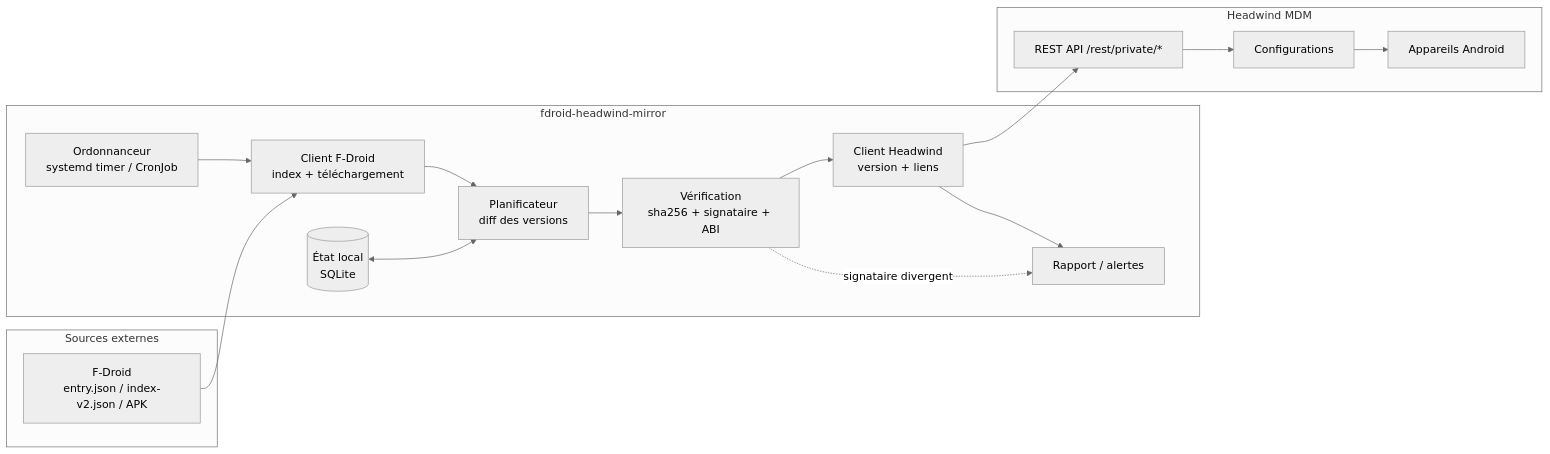
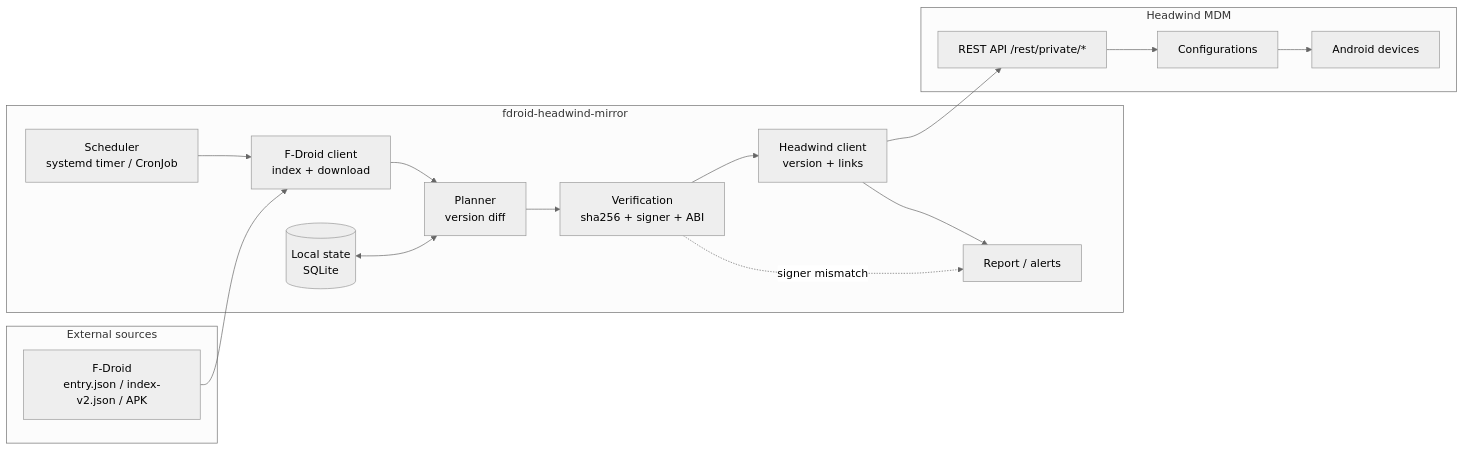
The first of 5 diagrams in docs/architecture.md (Sarcouy/fdroid-headwind-mirror), drawn with Mermaid (neutral theme) before and after one commit. The commit also changed other lines of this file and 8 other files, not shown here.

````diff
--- a/docs/architecture.md
+++ b/docs/architecture.md
@@ -117,34 +115,34 @@
 ```mermaid
 flowchart LR
-    subgraph EXT["Sources externes"]
+    subgraph EXT["External sources"]
         FD["F-Droid<br/>entry.json / index-v2.json / APK"]
     end
 
     subgraph SVC["fdroid-headwind-mirror"]
-        SCHED["Ordonnanceur<br/>systemd timer / CronJob"]
-        FETCH["Client F-Droid<br/>index + téléchargement"]
-        VERIF["Vérification<br/>sha256 + signataire + ABI"]
-        PLAN["Planificateur<br/>diff des versions"]
-        PUSH["Client Headwind<br/>version + liens"]
-        DB[("État local<br/>SQLite")]
-        REPORT["Rapport / alertes"]
+        SCHED["Scheduler<br/>systemd timer / CronJob"]
+        FETCH["F-Droid client<br/>index + download"]
+        VERIF["Verification<br/>sha256 + signer + ABI"]
+        PLAN["Planner<br/>version diff"]
+        PUSH["Headwind client<br/>version + links"]
+        DB[("Local state<br/>SQLite")]
+        REPORT["Report / alerts"]
     end
 
     subgraph HW["Headwind MDM"]
         API["REST API /rest/private/*"]
         CONF["Configurations"]
-        DEV["Appareils Android"]
+        DEV["Android devices"]
     end
 
     SCHED --> FETCH
     FD --> FETCH
     FETCH --> PLAN
     DB <--> PLAN
     PLAN --> VERIF
     VERIF --> PUSH
     PUSH --> API
     API --> CONF
     CONF --> DEV
     PUSH --> REPORT
-    VERIF -. "signataire divergent" .-> REPORT
+    VERIF -. "signer mismatch" .-> REPORT
 ```
````
